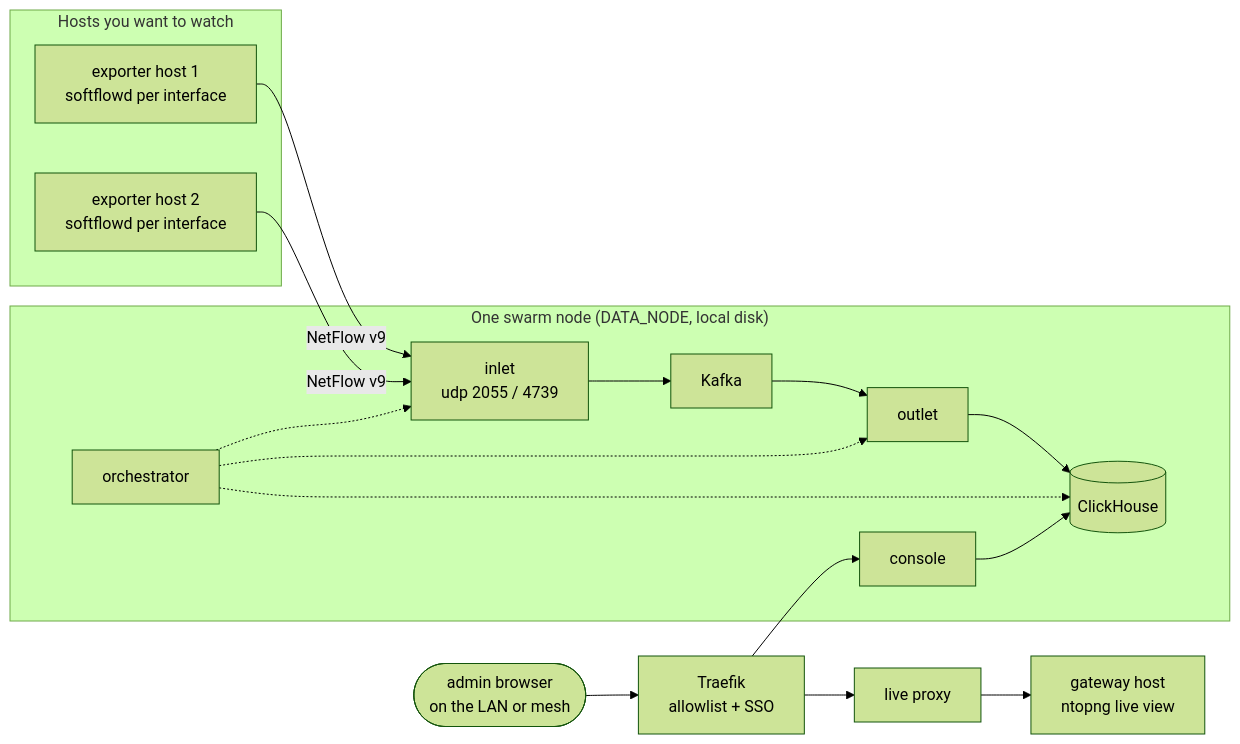
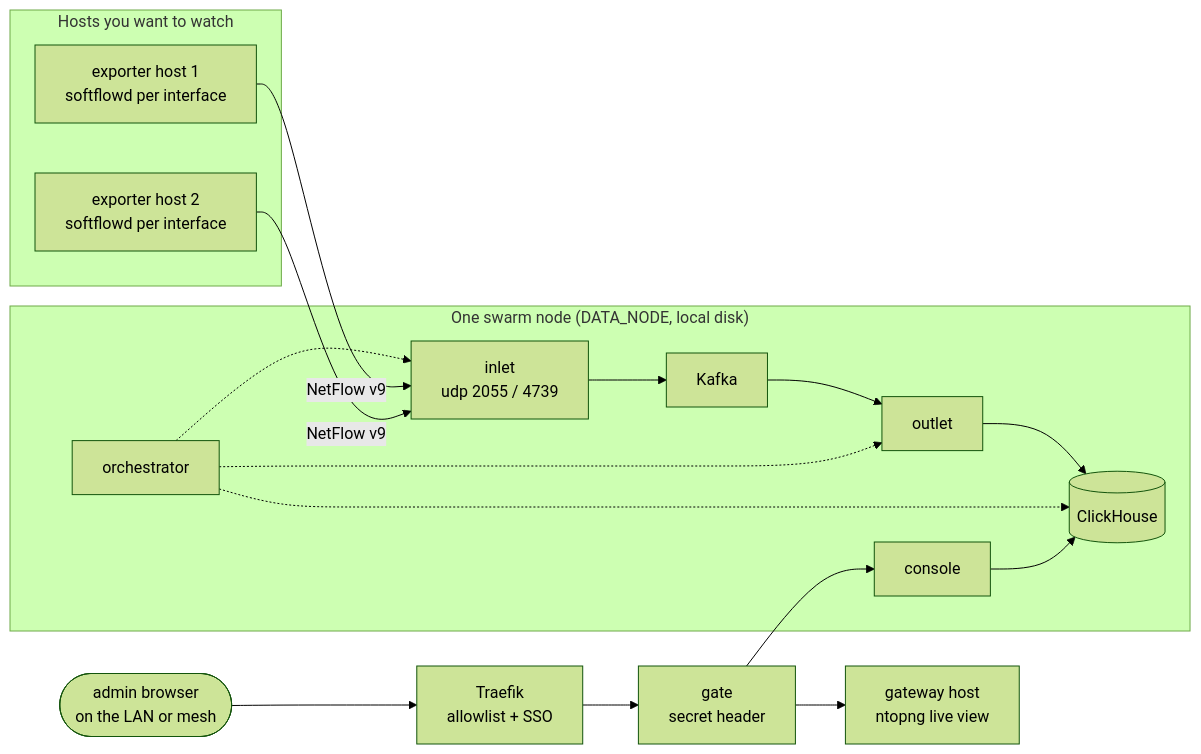
One commit to smilinTux/skstacks changed the diagram in v1/ansible/optional/sknet/docs/overview.md. Above: the diagram before and after it, drawn with Mermaid (forest theme). The commit also changed other lines of this file and 11 other files, not shown here.

````diff
--- a/v1/ansible/optional/sknet/docs/overview.md
+++ b/v1/ansible/optional/sknet/docs/overview.md
@@ -24,18 +24,19 @@
 ```mermaid
 flowchart LR
   subgraph HOSTS["Hosts you want to watch"]
     X1["exporter host 1<br/>softflowd per interface"]
     X2["exporter host 2<br/>softflowd per interface"]
   end
   subgraph NODE["One swarm node (DATA_NODE, local disk)"]
     IN["inlet<br/>udp 2055 / 4739"] --> K["Kafka"] --> OUT["outlet"] --> CH[("ClickHouse")]
     ORCH["orchestrator"] -.-> IN & OUT & CH
     CON["console"] --> CH
   end
   GW["gateway host<br/>ntopng live view"]
   X1 -- "NetFlow v9" --> IN
   X2 -- "NetFlow v9" --> IN
-  TR["Traefik<br/>allowlist + SSO"] --> CON
-  TR --> PX["live proxy"] --> GW
+  TR["Traefik<br/>allowlist + SSO"] --> PX["gate<br/>secret header"]
+  PX --> CON
+  PX --> GW
   ADMIN(["admin browser<br/>on the LAN or mesh"]) --> TR
 ```
````
